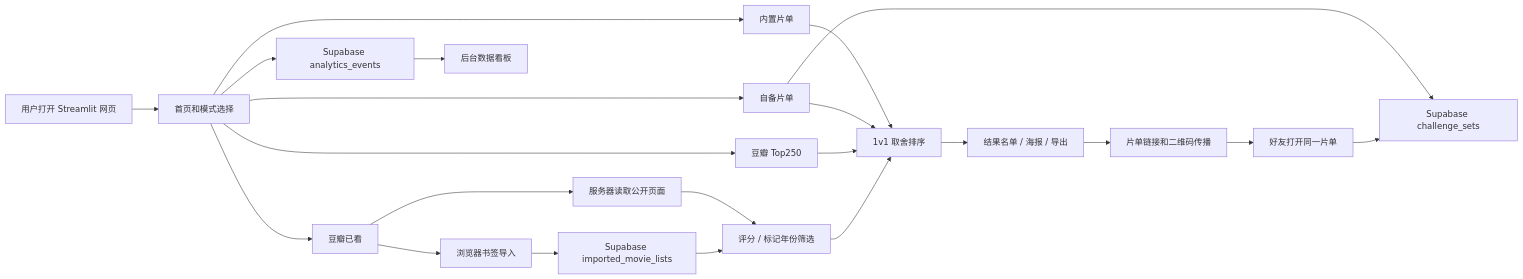
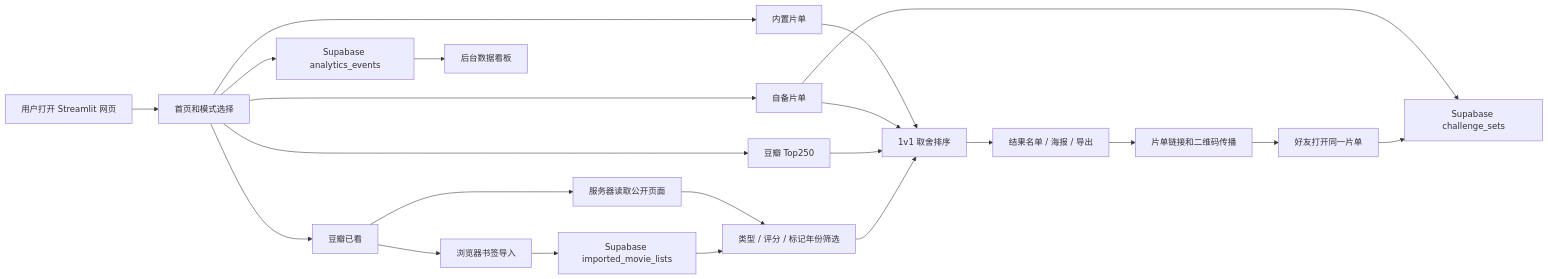
Before and after one commit to Atirian-Chen/Sort_FilmsGame: the diagram in README.md, drawn with Mermaid. The commit also changed other lines of this file and 4 other files, not shown here.

````diff
--- a/README.md
+++ b/README.md
@@ -178,24 +178,24 @@
 ```mermaid
 flowchart LR
   A["用户打开 Streamlit 网页"] --> B["首页和模式选择"]
   B --> C["内置片单"]
   B --> D["自备片单"]
   B --> E["豆瓣 Top250"]
   B --> F["豆瓣已看"]
   F --> G["服务器读取公开页面"]
   F --> H["浏览器书签导入"]
-  G --> P["评分 / 标记年份筛选"]
+  G --> P["类型 / 评分 / 标记年份筛选"]
   H --> J["Supabase imported_movie_lists"]
   J --> P
   C --> I["1v1 取舍排序"]
   D --> I
   E --> I
   P --> I
   I --> K["结果名单 / 海报 / 导出"]
   K --> L["片单链接和二维码传播"]
   L --> M["好友打开同一片单"]
   B --> N["Supabase analytics_events"]
   N --> Q["后台数据看板"]
   D --> O["Supabase challenge_sets"]
   M --> O
 ```
````
